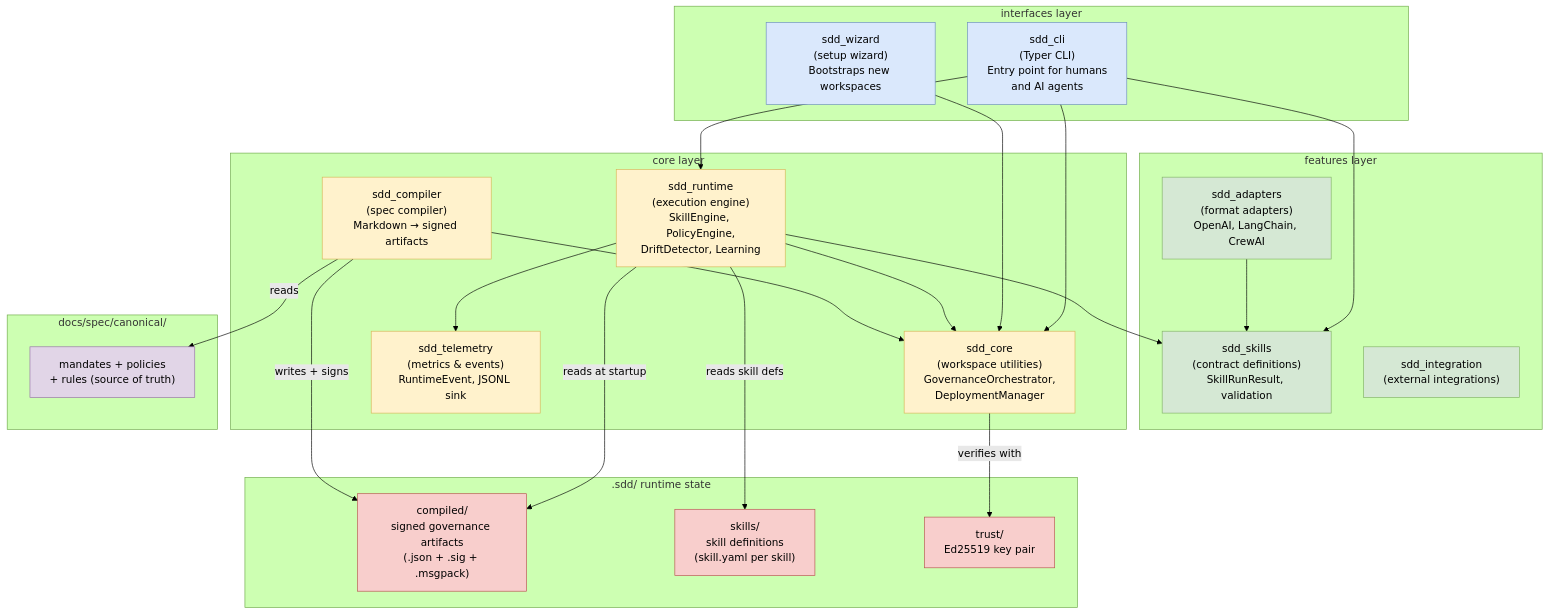
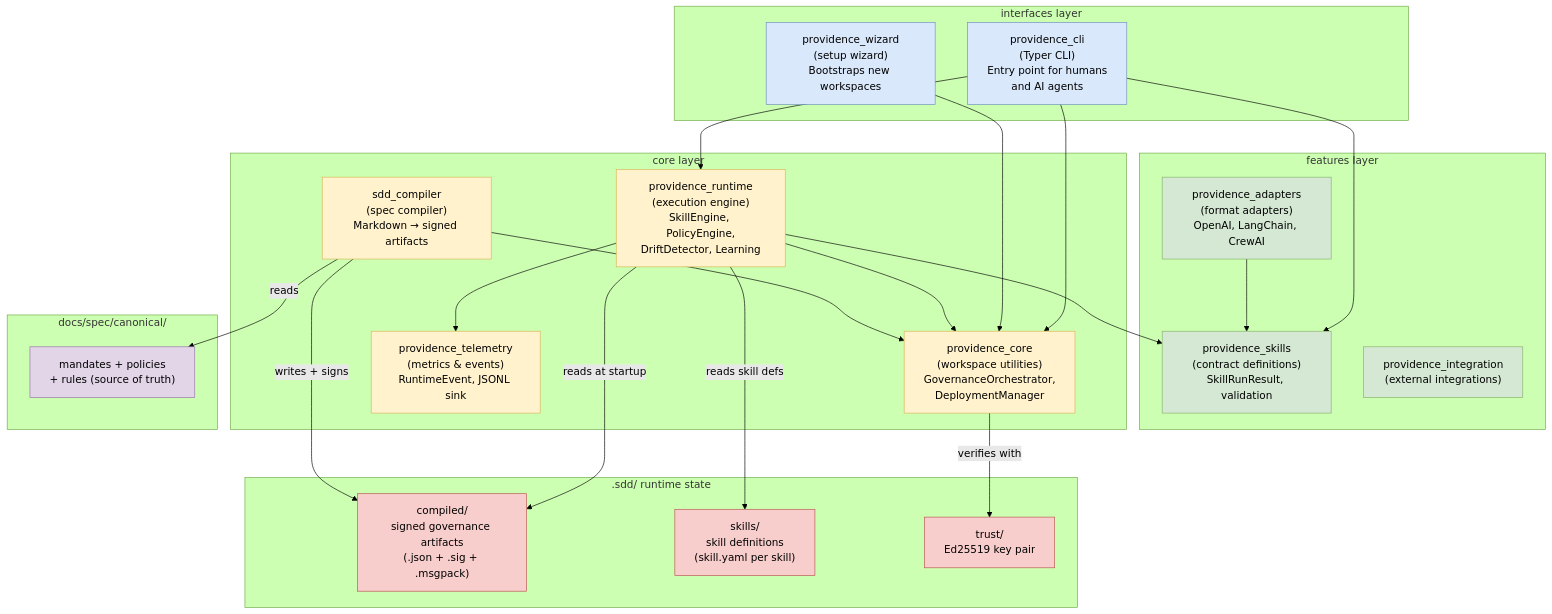
One commit to SergioLacerda/sdd-harness changed the diagram in docs/architecture/c4-containers.md. Above: the diagram before and after it, drawn with Mermaid (forest theme). The commit also changed other lines of this file and 2436 other files, not shown here.

Commit message:
feat: alterado CLI para providence

````diff
--- a/docs/architecture/c4-containers.md
+++ b/docs/architecture/c4-containers.md
@@ -5,57 +5,57 @@
 ```mermaid
 graph TB
     subgraph interfaces["interfaces layer"]
-        sdd_cli["sdd_cli\n(Typer CLI)\nEntry point for humans\nand AI agents"]
-        sdd_wizard["sdd_wizard\n(setup wizard)\nBootstraps new workspaces"]
+        providence_cli["providence_cli\n(Typer CLI)\nEntry point for humans\nand AI agents"]
+        providence_wizard["providence_wizard\n(setup wizard)\nBootstraps new workspaces"]
     end
 
     subgraph features["features layer"]
-        sdd_skills["sdd_skills\n(contract definitions)\nSkillRunResult, validation"]
-        sdd_adapters["sdd_adapters\n(format adapters)\nOpenAI, LangChain, CrewAI"]
-        sdd_integration["sdd_integration\n(external integrations)"]
+        providence_skills["providence_skills\n(contract definitions)\nSkillRunResult, validation"]
+        providence_adapters["providence_adapters\n(format adapters)\nOpenAI, LangChain, CrewAI"]
+        providence_integration["providence_integration\n(external integrations)"]
     end
 
     subgraph core["core layer"]
-        sdd_runtime["sdd_runtime\n(execution engine)\nSkillEngine, PolicyEngine,\nDriftDetector, Learning"]
+        providence_runtime["providence_runtime\n(execution engine)\nSkillEngine, PolicyEngine,\nDriftDetector, Learning"]
         sdd_compiler["sdd_compiler\n(spec compiler)\nMarkdown → signed artifacts"]
-        sdd_core["sdd_core\n(workspace utilities)\nGovernanceOrchestrator,\nDeploymentManager"]
-        sdd_telemetry["sdd_telemetry\n(metrics & events)\nRuntimeEvent, JSONL sink"]
+        providence_core["providence_core\n(workspace utilities)\nGovernanceOrchestrator,\nDeploymentManager"]
+        providence_telemetry["providence_telemetry\n(metrics & events)\nRuntimeEvent, JSONL sink"]
     end
 
     subgraph artifacts[".sdd/ runtime state"]
         compiled["compiled/\nsigned governance artifacts\n(.json + .sig + .msgpack)"]
         skills_dir["skills/\nskill definitions\n(skill.yaml per skill)"]
         trust["trust/\nEd25519 key pair"]
     end
 
     subgraph specs["docs/spec/canonical/"]
         canonical["mandates + policies\n+ rules (source of truth)"]
     end
 
-    sdd_cli --> sdd_runtime
-    sdd_cli --> sdd_core
-    sdd_cli --> sdd_skills
-    sdd_wizard --> sdd_core
-    sdd_runtime --> sdd_skills
-    sdd_runtime --> sdd_telemetry
-    sdd_runtime --> sdd_core
-    sdd_runtime -->|"reads at startup"| compiled
-    sdd_runtime -->|"reads skill defs"| skills_dir
-    sdd_compiler --> sdd_core
+    providence_cli --> providence_runtime
+    providence_cli --> providence_core
+    providence_cli --> providence_skills
+    providence_wizard --> providence_core
+    providence_runtime --> providence_skills
+    providence_runtime --> providence_telemetry
+    providence_runtime --> providence_core
+    providence_runtime -->|"reads at startup"| compiled
+    providence_runtime -->|"reads skill defs"| skills_dir
+    sdd_compiler --> providence_core
     sdd_compiler -->|"writes + signs"| compiled
     sdd_compiler -->|"reads"| canonical
-    sdd_adapters --> sdd_skills
-    sdd_core -->|"verifies with"| trust
+    providence_adapters --> providence_skills
+    providence_core -->|"verifies with"| trust
 
     classDef interfaceStyle fill:#dae8fc,stroke:#6c8ebf
     classDef featureStyle fill:#d5e8d4,stroke:#82b366
     classDef coreStyle fill:#fff2cc,stroke:#d6b656
     classDef artifactStyle fill:#f8cecc,stroke:#b85450
     classDef specStyle fill:#e1d5e7,stroke:#9673a6
 
-    class sdd_cli,sdd_wizard interfaceStyle
-    class sdd_skills,sdd_adapters,sdd_integration featureStyle
-    class sdd_runtime,sdd_compiler,sdd_core,sdd_telemetry coreStyle
+    class providence_cli,providence_wizard interfaceStyle
+    class providence_skills,providence_adapters,providence_integration featureStyle
+    class providence_runtime,sdd_compiler,providence_core,providence_telemetry coreStyle
     class compiled,skills_dir,trust artifactStyle
     class canonical specStyle
 ```
````
